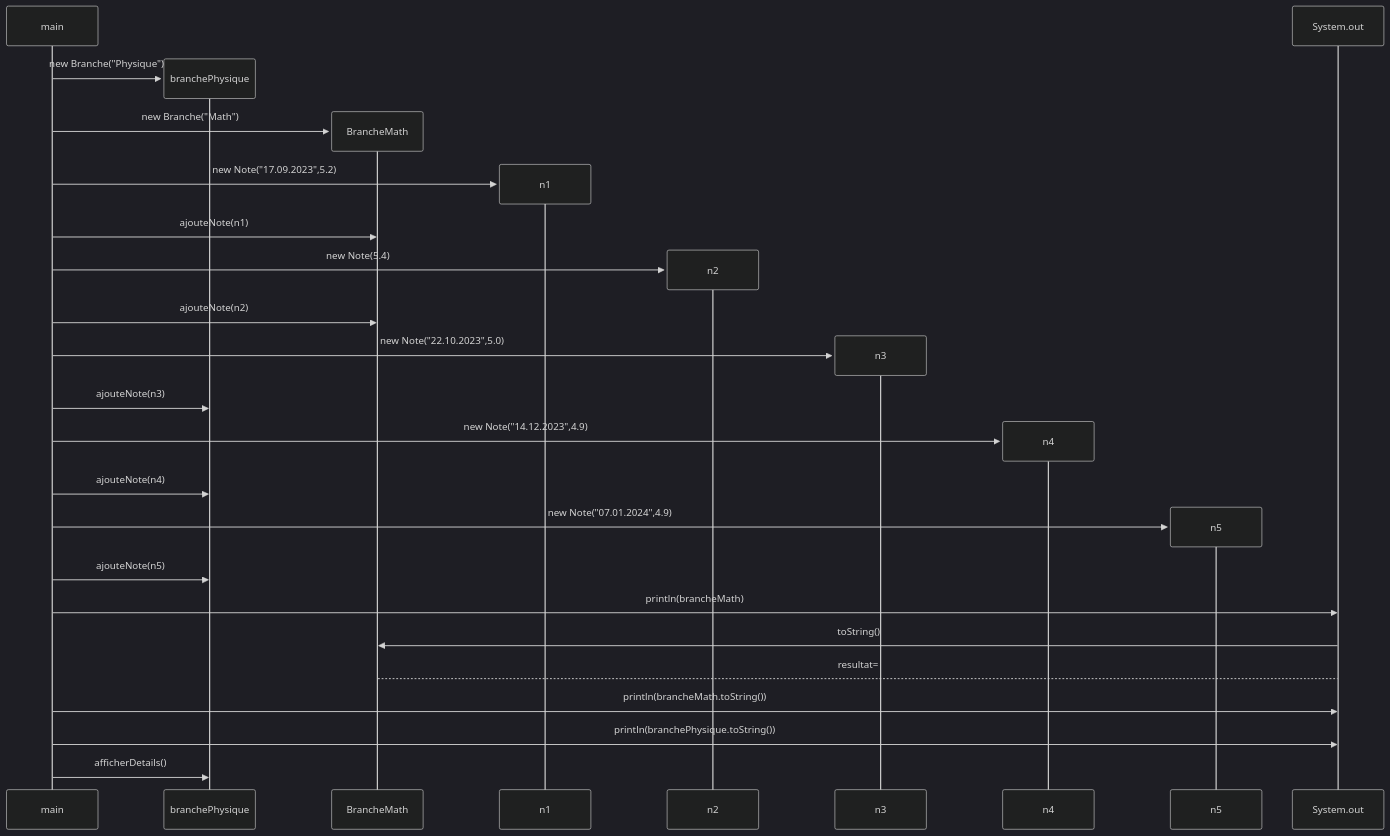
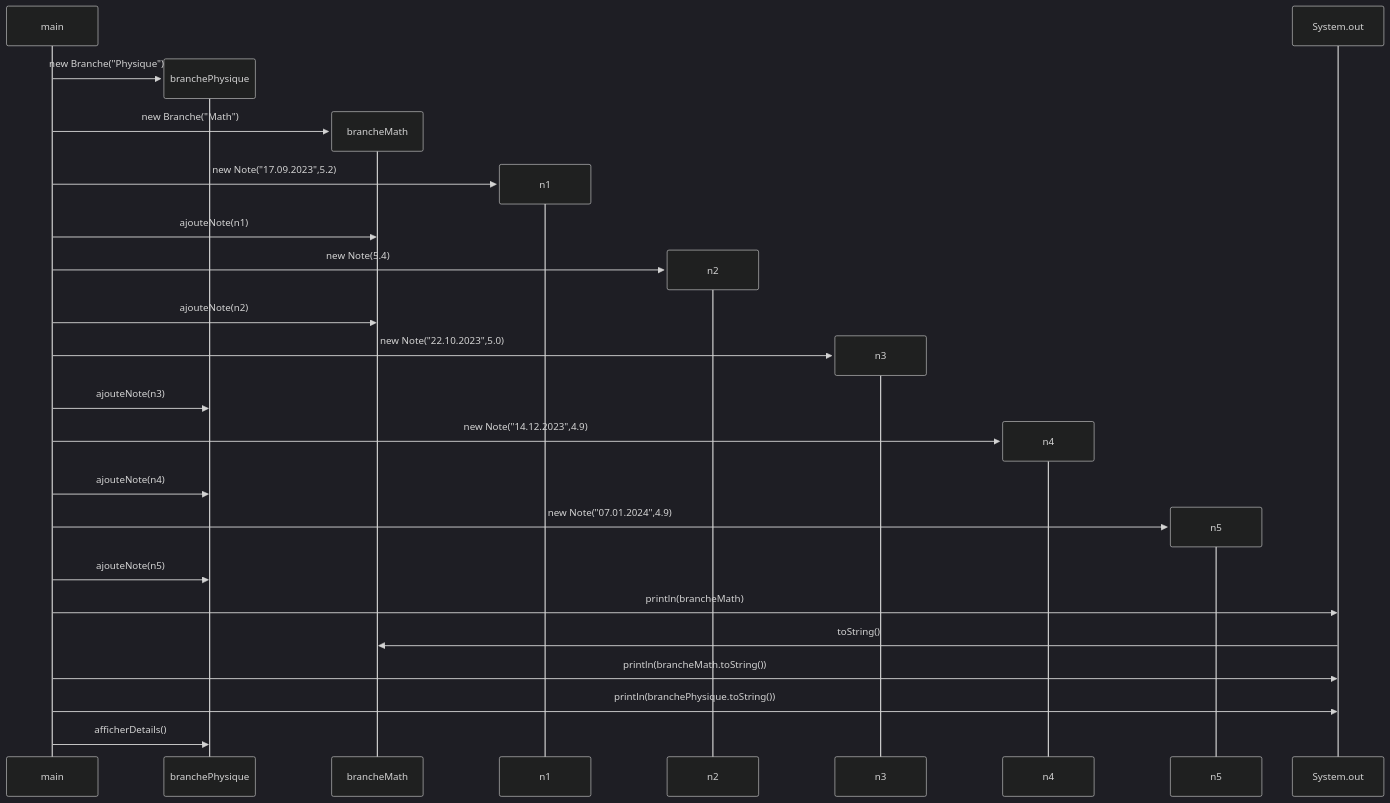
Before and after one commit to emf-info-d400/Ex06-NotesEMF: the third of 3 diagrams in README.md, drawn with Mermaid (dark theme). The commit also changed other lines of this file, not shown here.

Commit message:
Correction consigne

````diff
--- a/README.md
+++ b/README.md
@@ -78,29 +78,28 @@
 ```mermaid
 sequenceDiagram
     participant main
     create participant branchePhysique
     main->>branchePhysique: new Branche("Physique")
-    create participant BrancheMath
-    main->>BrancheMath: new Branche("Math")
+    create participant brancheMath
+    main->>brancheMath: new Branche("Math")
     create participant n1
     main->>n1: new Note("17.09.2023",5.2)
-    main->>BrancheMath: ajouteNote(n1)
+    main->>brancheMath: ajouteNote(n1)
     create participant n2
     main->>n2: new Note(5.4)
-    main->>BrancheMath: ajouteNote(n2)
+    main->>brancheMath: ajouteNote(n2)
     create participant n3
     main->>n3: new Note("22.10.2023",5.0)
     main->>branchePhysique: ajouteNote(n3)
     create participant n4
     main->>n4: new Note("14.12.2023",4.9)
     main->>branchePhysique: ajouteNote(n4)
     create participant n5
     main->>n5: new Note("07.01.2024",4.9)
     main->>branchePhysique: ajouteNote(n5)
     main->>System.out: println(brancheMath)
-    System.out->>BrancheMath: toString()
-    BrancheMath-->System.out: resultat=
+    System.out->>brancheMath: toString()
     main->>System.out: println(brancheMath.toString())
     main->>System.out: println(branchePhysique.toString())
     main->>branchePhysique: afficherDetails()
 ```
````
